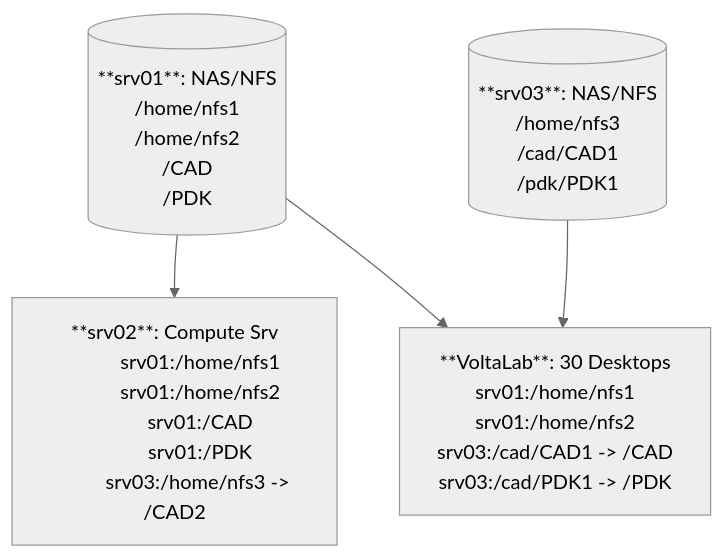
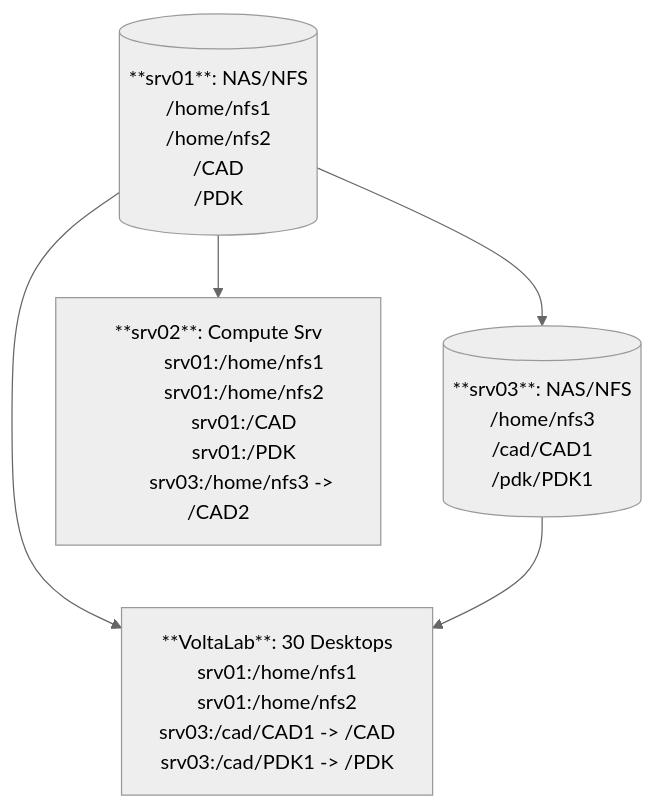
The diagram in wiki/wiki-it.md (silicon-vlsi/silicon-vlsi.github.io), drawn with Mermaid (neutral theme) before and after one commit.

````diff
--- a/wiki/wiki-it.md
+++ b/wiki/wiki-it.md
@@ -1287,32 +1287,33 @@
 ```mermaid
 graph TD;
   srv01[(**srv01**: NAS/NFS
           /home/nfs1
           /home/nfs2
           /CAD
           /PDK
          )]
   srv03[(**srv03**: NAS/NFS
           /home/nfs3
           /cad/CAD1
           /pdk/PDK1
          )]
 
   srv02[ **srv02**: Compute Srv
           srv01:/home/nfs1
           srv01:/home/nfs2
           srv01:/CAD
           srv01:/PDK
           srv03:/home/nfs3 -> /CAD2
         ]
   voltaLab[**VoltaLab**: 30 Desktops
           srv01:/home/nfs1
           srv01:/home/nfs2
           srv03:/cad/CAD1 -> /CAD
           srv03:/cad/PDK1 -> /PDK
         ]
   srv01 --> srv02;
+  srv01 --> srv03;
   srv01 --> voltaLab;
   srv03 --> voltaLab;
   
 ```
````
